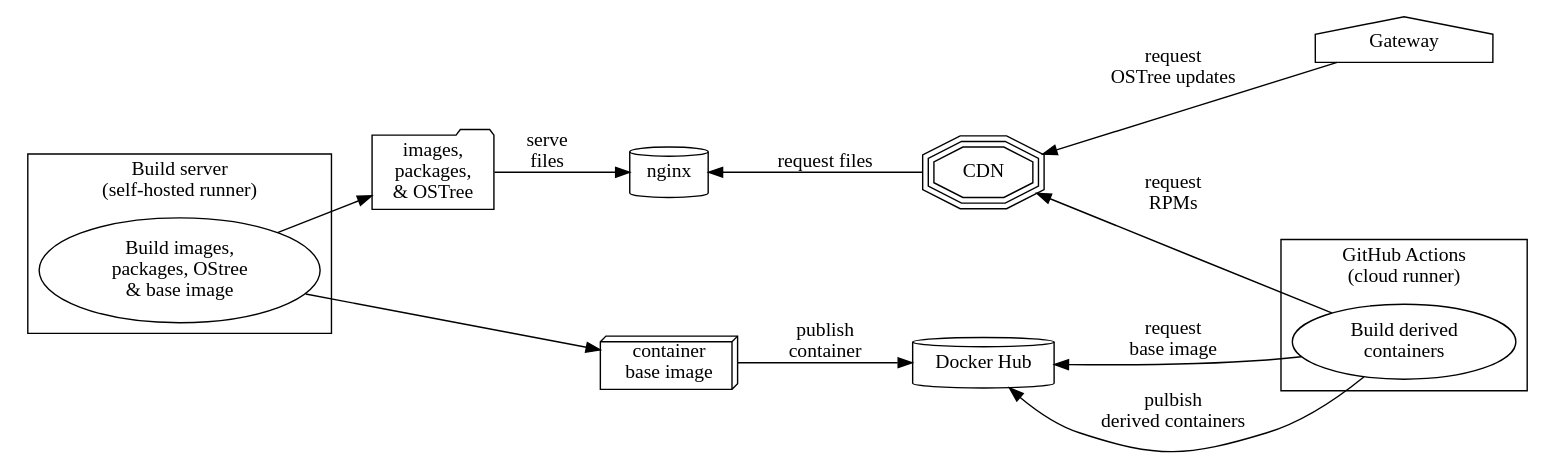
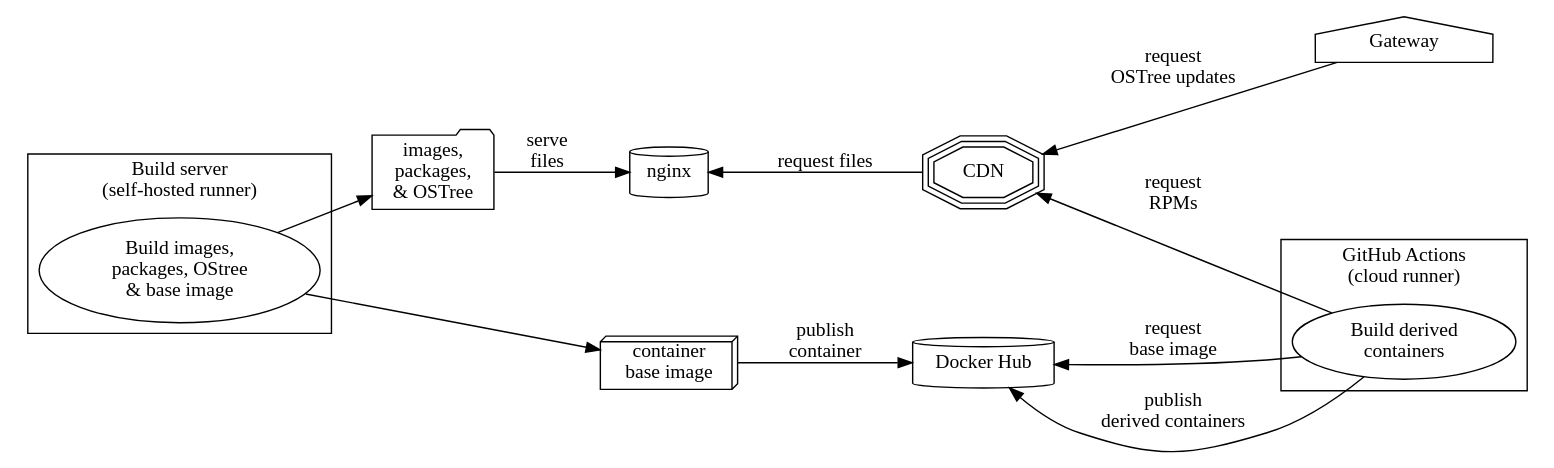
One commit to jordemort/jordemort.github.io changed the second of 3 diagrams in src/pages/blog/remark-all-the-things.md. Above: the diagram before and after it, drawn with Graphviz.

Commit message:
Fix typo in diagram

````diff
--- a/src/pages/blog/remark-all-the-things.md
+++ b/src/pages/blog/remark-all-the-things.md
@@ -93,39 +93,39 @@
 ```graphviz
 digraph {
   compound=true;
   fixedsize=true;
   graph[nodesep=1];
   rankdir=LR;
 
   subgraph cluster_build_server {
     label="Build server\n(self-hosted runner)";
     build_base [label="Build images,\npackages, OStree\n& base image"];
   }
 
   nginx [shape="cylinder",label="nginx"];
   files [shape="folder",label="images,\npackages,\n& OSTree"];
   base_container [shape="box3d",label="container\nbase image"];
   docker_hub [shape="cylinder",label="Docker Hub"];
   cdn [shape="tripleoctagon",label="CDN"];
   gateway [shape="house",label="Gateway"];
 
   subgraph cluster_github_actions {
     label="GitHub Actions\n(cloud runner)";
     docker_build [label="Build derived\ncontainers"];
   }
 
   build_base -> files;
   build_base -> base_container;
 
   base_container -> docker_hub [label="publish\ncontainer"];
   files -> nginx [label="serve\nfiles"];
 
   nginx -> cdn [dir=back,label="request files"];
 
   cdn -> gateway [dir=back,label="request\nOSTree updates"];
   cdn -> docker_build [dir=back,label="request\nRPMs"];
 
   docker_hub -> docker_build [dir=back,label="request\nbase image"];
-  docker_build -> docker_hub [label="pulbish\nderived containers"];
+  docker_build -> docker_hub [label="publish\nderived containers"];
 }
 ```
````
